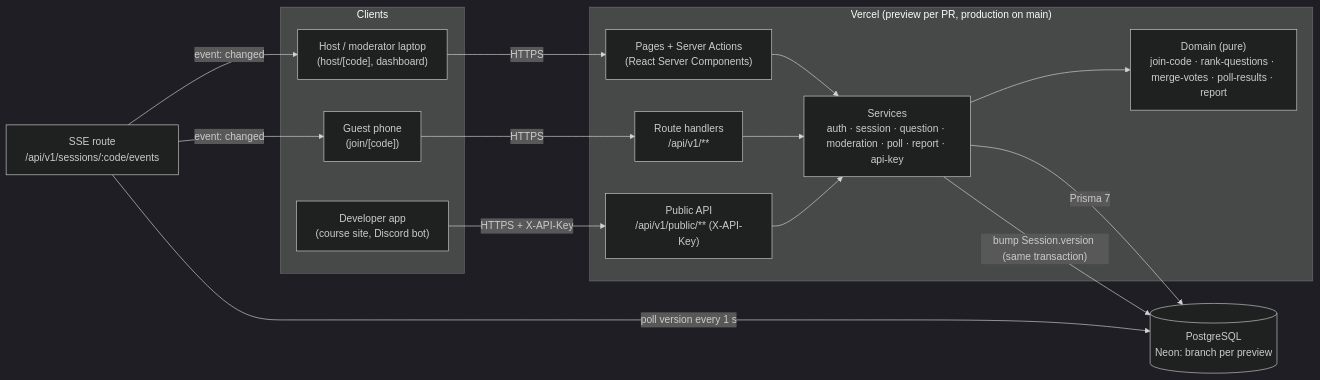
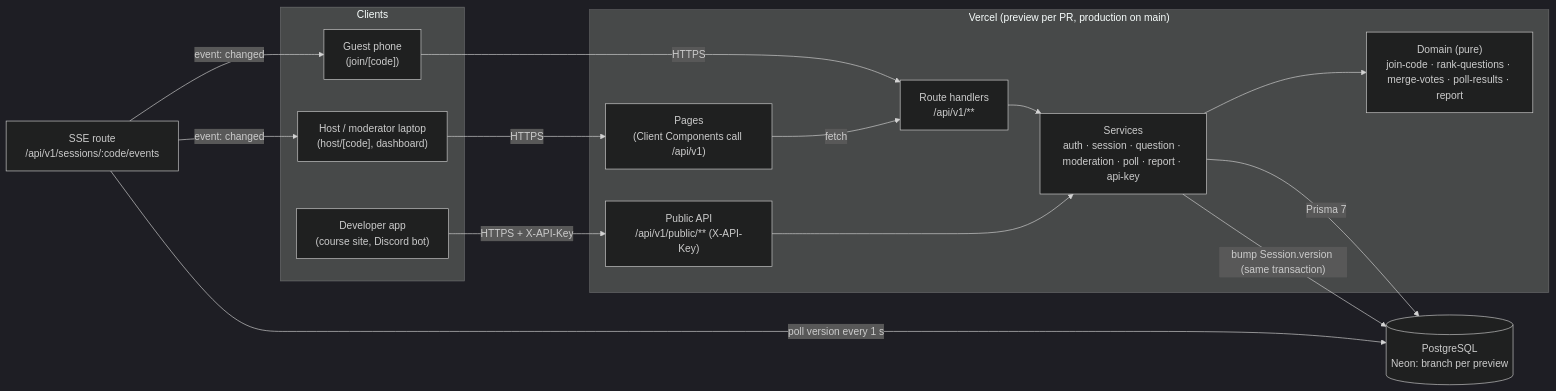
One commit to geekRoy0126/handup changed the first of 3 diagrams in docs/architecture.md. Above: the diagram before and after it, drawn with Mermaid (dark theme). The commit also changed other lines of this file and 10 other files, not shown here.

````diff
--- a/docs/architecture.md
+++ b/docs/architecture.md
@@ -8,32 +8,32 @@
 ```mermaid
 flowchart LR
   subgraph Clients
     G["Guest phone<br/>(join/[code])"]
     H["Host / moderator laptop<br/>(host/[code], dashboard)"]
     D["Developer app<br/>(course site, Discord bot)"]
   end
 
   subgraph Vercel["Vercel (preview per PR, production on main)"]
-    P["Pages + Server Actions<br/>(React Server Components)"]
+    P["Pages<br/>(Client Components call /api/v1)"]
     A["Route handlers<br/>/api/v1/**"]
     PUB["Public API<br/>/api/v1/public/** (X-API-Key)"]
     S["Services<br/>auth · session · question · moderation · poll · report · api-key"]
     DOM["Domain (pure)<br/>join-code · rank-questions · merge-votes · poll-results · report"]
   end
 
   DB[("PostgreSQL<br/>Neon: branch per preview")]
 
   G -- HTTPS --> A
   H -- HTTPS --> P
+  P -- fetch --> A
   D -- HTTPS + X-API-Key --> PUB
-  P --> S
   A --> S
   PUB --> S
   S --> DOM
   S -- Prisma 7 --> DB
   SSE["SSE route<br/>/api/v1/sessions/:code/events"]
   S -- "bump Session.version (same transaction)" --> DB
   SSE -- "poll version every 1 s" --> DB
   SSE -- "event: changed" --> G
   SSE -- "event: changed" --> H
 ```
````
